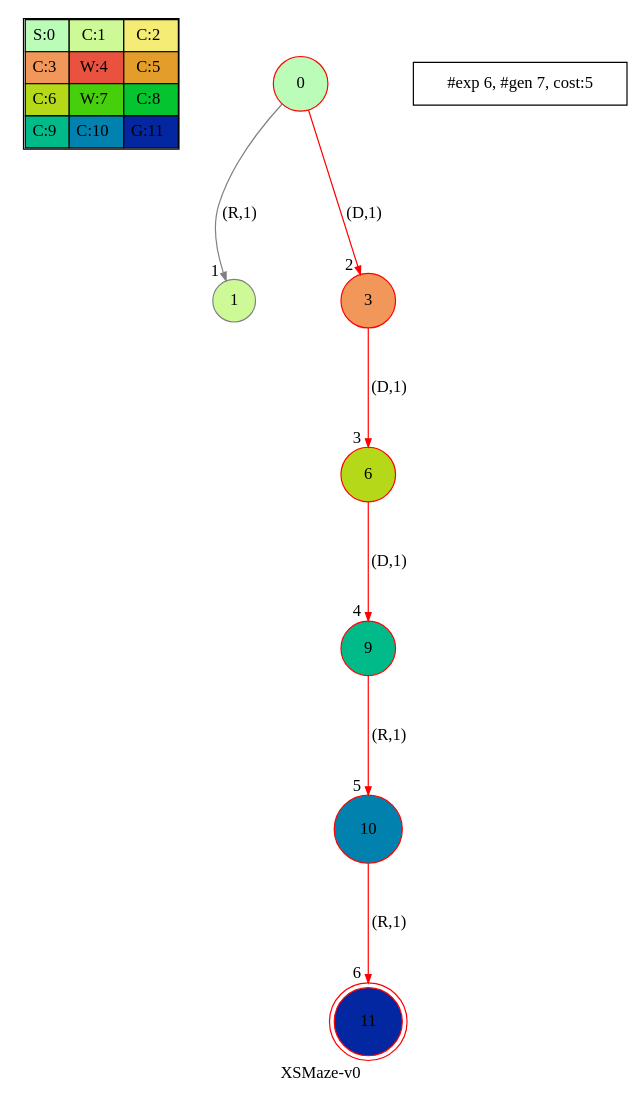
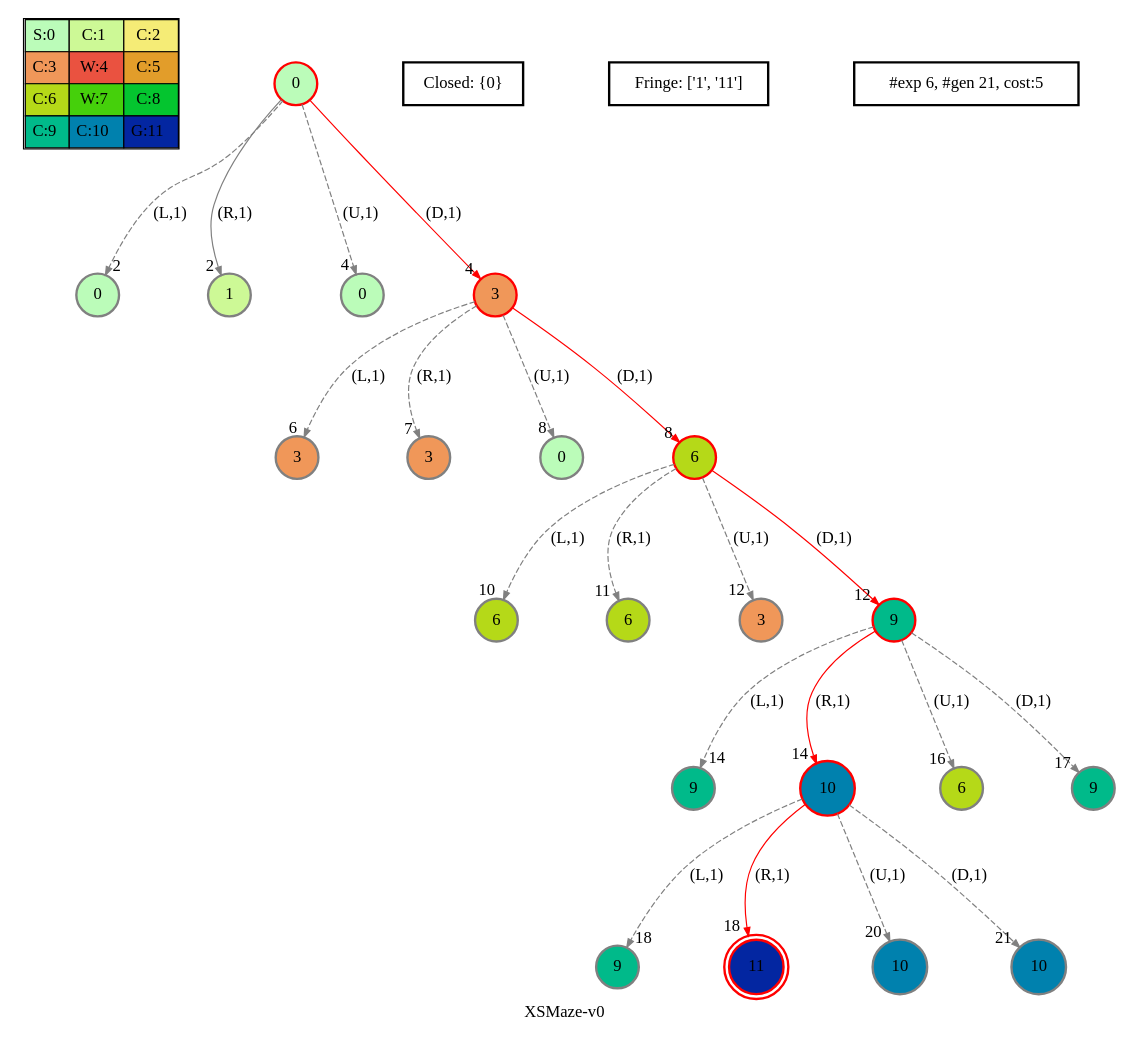
The diagram in viz/artifacts/ts/dot/0-XSMaze-v0_0-dfs.dot (blasco991/AI), drawn with Graphviz before and after one commit. The commit also changed 120 other files, not shown here.

First line of the commit message:
added penwidth added closed render added fringe render added dashed transaction on "not in memory"

```diff
--- a/viz/artifacts/ts/dot/0-XSMaze-v0_0-dfs.dot
+++ b/viz/artifacts/ts/dot/0-XSMaze-v0_0-dfs.dot
@@ -1,10 +1,24 @@
-digraph XSMaze { label="XSMaze-v0" nodesep=1 ranksep="1.2" node [shape=circle] edge [arrowsize=0.7] 
+digraph XSMaze { label="XSMaze-v0" nodesep=1 ranksep="1.2" node [shape=circle penwidth=2] edge [arrowsize=0.7] 
 subgraph MAP {label=Map;map [shape=plaintext label=<<table border="1" cellpadding="5" cellspacing="0" cellborder="1"><tr><td bgcolor="0.32745098 0.267733   0.99083125 1.        ">S:0</td><td bgcolor="0.24117647 0.39545121 0.97940977 1.        ">C:1</td><td bgcolor="0.15490196 0.51591783 0.96349314 1.        ">C:2</td></tr><tr><td bgcolor="0.06862745 0.62692381 0.94315443 1.        ">C:3</td><td bgcolor="0.01764706 0.72643357 0.91848699 1.        ">W:4</td><td bgcolor="0.10392157 0.81262237 0.88960401 1.        ">C:5</td></tr><tr><td bgcolor="0.19803922 0.88960401 0.8534438  1.        ">C:6</td><td bgcolor="0.28431373 0.94315443 0.81619691 1.        ">W:7</td><td bgcolor="0.37058824 0.97940977 0.77520398 1.        ">C:8</td></tr><tr><td bgcolor="0.45686275 0.99770518 0.73065313 1.        ">C:9</td><td bgcolor="0.54313725 0.99770518 0.68274886 1.        ">C:10</td><td bgcolor="0.62941176 0.97940977 0.63171101 1.        ">G:11</td></tr></table>>]} 
 "0_0" [label=0 style=filled color=grey fillcolor="0.32745098 0.267733   0.99083125 1.        " ];  
-"0_0" [label=" 0 " style=filled color=black color=red fillcolor="0.32745098 0.267733   0.99083125 1.        " ];  "0_0.1-1" [label=1 style=filled color=grey fillcolor="0.24117647 0.39545121 0.97940977 1.        " ];   "0_0" -> "0_0.1-1" [label="(R,1)" headlabel=" 1 " color=grey ]; 
-"0_0.3-3" [label=3 style=filled color=grey color=red fillcolor="0.06862745 0.62692381 0.94315443 1.        " ];   "0_0" -> "0_0.3-3" [label="(D,1)" headlabel=" 2 " color=grey color=red ]; 
-"0_0.3-3" [label=" 3 " style=filled color=black color=red fillcolor="0.06862745 0.62692381 0.94315443 1.        " ];  "0_0.3.6-3" [label=6 style=filled color=grey color=red fillcolor="0.19803922 0.88960401 0.8534438  1.        " ];   "0_0.3-3" -> "0_0.3.6-3" [label="(D,1)" headlabel=" 3 " color=grey color=red ]; 
-"0_0.3.6-3" [label=" 6 " style=filled color=black color=red fillcolor="0.19803922 0.88960401 0.8534438  1.        " ];  "0_0.3.6.9-3" [label=9 style=filled color=grey color=red fillcolor="0.45686275 0.99770518 0.73065313 1.        " ];   "0_0.3.6-3" -> "0_0.3.6.9-3" [label="(D,1)" headlabel=" 4 " color=grey color=red ]; 
-"0_0.3.6.9-3" [label=" 9 " style=filled color=black color=red fillcolor="0.45686275 0.99770518 0.73065313 1.        " ];  "0_0.3.6.9.10-1" [label=10 style=filled color=grey color=red fillcolor="0.54313725 0.99770518 0.68274886 1.        " ];   "0_0.3.6.9-3" -> "0_0.3.6.9.10-1" [label="(R,1)" headlabel=" 5 " color=grey color=red ]; 
-"0_0.3.6.9.10-1" [label=" 10 " style=filled color=black color=red fillcolor="0.54313725 0.99770518 0.68274886 1.        " ];  "0_0.3.6.9.10.11-1" [label=" 11 " style=filled color=black color=red fillcolor="0.62941176 0.97940977 0.63171101 1.        " peripheries=2]; /*GOALSTATE*/  "0_0.3.6.9.10-1" -> "0_0.3.6.9.10.11-1" [label="(R,1)" headlabel=" 6 " color=grey color=red ];
-"#exp 6, #gen 7, cost:5" [ shape=box ]; }
+"0_0.0-0" [label=0 style=filled color=grey fillcolor="0.32745098 0.267733   0.99083125 1.        " ];   "0_0" -> "0_0.0-0" [label="(L,1)" headlabel=" 2 " style="dashed" color=grey ]; "0_c" [label="Closed: {0}" shape=box]; "0_fr" [label="Fringe: []" shape=box];
+"0_0" [label=0 style=filled color=black color=red fillcolor="0.32745098 0.267733   0.99083125 1.        " ];  "0_0.1-1" [label=1 style=filled color=grey fillcolor="0.24117647 0.39545121 0.97940977 1.        " ];   "0_0" -> "0_0.1-1" [label="(R,1)" headlabel=" 2 " style="" color=grey ]; "0_c" [label="Closed: {0}" shape=box]; "0_fr" [label="Fringe: []" shape=box];
+"0_0.0-2" [label=0 style=filled color=grey fillcolor="0.32745098 0.267733   0.99083125 1.        " ];   "0_0" -> "0_0.0-2" [label="(U,1)" headlabel=" 4 " style="dashed" color=grey ]; "0_c" [label="Closed: {0}" shape=box]; "0_fr" [label="Fringe: ['1']" shape=box];
+"0_0.3-3" [label=3 style=filled color=grey color=red fillcolor="0.06862745 0.62692381 0.94315443 1.        " ];   "0_0" -> "0_0.3-3" [label="(D,1)" headlabel=" 4 " style="" color=grey color=red ]; "0_c" [label="Closed: {0}" shape=box]; "0_fr" [label="Fringe: ['1']" shape=box];
+"0_0.3.3-0" [label=3 style=filled color=grey fillcolor="0.06862745 0.62692381 0.94315443 1.        " ];   "0_0.3-3" -> "0_0.3.3-0" [label="(L,1)" headlabel=" 6 " style="dashed" color=grey ]; "0_c" [label="Closed: {0}" shape=box]; "0_fr" [label="Fringe: ['1']" shape=box];
+"0_0.3.3-1" [label=3 style=filled color=grey fillcolor="0.06862745 0.62692381 0.94315443 1.        " ];   "0_0.3-3" -> "0_0.3.3-1" [label="(R,1)" headlabel=" 7 " style="dashed" color=grey ]; "0_c" [label="Closed: {0}" shape=box]; "0_fr" [label="Fringe: ['1']" shape=box];
+"0_0.3.0-2" [label=0 style=filled color=grey fillcolor="0.32745098 0.267733   0.99083125 1.        " ];   "0_0.3-3" -> "0_0.3.0-2" [label="(U,1)" headlabel=" 8 " style="dashed" color=grey ]; "0_c" [label="Closed: {0}" shape=box]; "0_fr" [label="Fringe: ['1']" shape=box];
+"0_0.3-3" [label=3 style=filled color=black color=red fillcolor="0.06862745 0.62692381 0.94315443 1.        " ];  "0_0.3.6-3" [label=6 style=filled color=grey color=red fillcolor="0.19803922 0.88960401 0.8534438  1.        " ];   "0_0.3-3" -> "0_0.3.6-3" [label="(D,1)" headlabel=" 8 " style="" color=grey color=red ]; "0_c" [label="Closed: {0}" shape=box]; "0_fr" [label="Fringe: ['1']" shape=box];
+"0_0.3.6.6-0" [label=6 style=filled color=grey fillcolor="0.19803922 0.88960401 0.8534438  1.        " ];   "0_0.3.6-3" -> "0_0.3.6.6-0" [label="(L,1)" headlabel=" 10 " style="dashed" color=grey ]; "0_c" [label="Closed: {0}" shape=box]; "0_fr" [label="Fringe: ['1']" shape=box];
+"0_0.3.6.6-1" [label=6 style=filled color=grey fillcolor="0.19803922 0.88960401 0.8534438  1.        " ];   "0_0.3.6-3" -> "0_0.3.6.6-1" [label="(R,1)" headlabel=" 11 " style="dashed" color=grey ]; "0_c" [label="Closed: {0}" shape=box]; "0_fr" [label="Fringe: ['1']" shape=box];
+"0_0.3.6.3-2" [label=3 style=filled color=grey fillcolor="0.06862745 0.62692381 0.94315443 1.        " ];   "0_0.3.6-3" -> "0_0.3.6.3-2" [label="(U,1)" headlabel=" 12 " style="dashed" color=grey ]; "0_c" [label="Closed: {0}" shape=box]; "0_fr" [label="Fringe: ['1']" shape=box];
+"0_0.3.6-3" [label=6 style=filled color=black color=red fillcolor="0.19803922 0.88960401 0.8534438  1.        " ];  "0_0.3.6.9-3" [label=9 style=filled color=grey color=red fillcolor="0.45686275 0.99770518 0.73065313 1.        " ];   "0_0.3.6-3" -> "0_0.3.6.9-3" [label="(D,1)" headlabel=" 12 " style="" color=grey color=red ]; "0_c" [label="Closed: {0}" shape=box]; "0_fr" [label="Fringe: ['1']" shape=box];
+"0_0.3.6.9.9-0" [label=9 style=filled color=grey fillcolor="0.45686275 0.99770518 0.73065313 1.        " ];   "0_0.3.6.9-3" -> "0_0.3.6.9.9-0" [label="(L,1)" headlabel=" 14 " style="dashed" color=grey ]; "0_c" [label="Closed: {0}" shape=box]; "0_fr" [label="Fringe: ['1']" shape=box];
+"0_0.3.6.9-3" [label=9 style=filled color=black color=red fillcolor="0.45686275 0.99770518 0.73065313 1.        " ];  "0_0.3.6.9.10-1" [label=10 style=filled color=grey color=red fillcolor="0.54313725 0.99770518 0.68274886 1.        " ];   "0_0.3.6.9-3" -> "0_0.3.6.9.10-1" [label="(R,1)" headlabel=" 14 " style="" color=grey color=red ]; "0_c" [label="Closed: {0}" shape=box]; "0_fr" [label="Fringe: ['1']" shape=box];
+"0_0.3.6.9.6-2" [label=6 style=filled color=grey fillcolor="0.19803922 0.88960401 0.8534438  1.        " ];   "0_0.3.6.9-3" -> "0_0.3.6.9.6-2" [label="(U,1)" headlabel=" 16 " style="dashed" color=grey ]; "0_c" [label="Closed: {0}" shape=box]; "0_fr" [label="Fringe: ['1', '10']" shape=box];
+"0_0.3.6.9.9-3" [label=9 style=filled color=grey fillcolor="0.45686275 0.99770518 0.73065313 1.        " ];   "0_0.3.6.9-3" -> "0_0.3.6.9.9-3" [label="(D,1)" headlabel=" 17 " style="dashed" color=grey ]; "0_c" [label="Closed: {0}" shape=box]; "0_fr" [label="Fringe: ['1', '10']" shape=box];
+"0_0.3.6.9.10.9-0" [label=9 style=filled color=grey fillcolor="0.45686275 0.99770518 0.73065313 1.        " ];   "0_0.3.6.9.10-1" -> "0_0.3.6.9.10.9-0" [label="(L,1)" headlabel=" 18 " style="dashed" color=grey ]; "0_c" [label="Closed: {0}" shape=box]; "0_fr" [label="Fringe: ['1']" shape=box];
+"0_0.3.6.9.10-1" [label=10 style=filled color=black color=red fillcolor="0.54313725 0.99770518 0.68274886 1.        " ];  "0_0.3.6.9.10.11-1" [label=11 style=filled color=black color=red fillcolor="0.62941176 0.97940977 0.63171101 1.        " peripheries=2]; /*GOALSTATE*/  "0_0.3.6.9.10-1" -> "0_0.3.6.9.10.11-1" [label="(R,1)" headlabel=" 18 " style="" color=grey color=red ]; "0_c" [label="Closed: {0}" shape=box]; "0_fr" [label="Fringe: ['1']" shape=box];
+"0_0.3.6.9.10.10-2" [label=10 style=filled color=grey fillcolor="0.54313725 0.99770518 0.68274886 1.        " ];   "0_0.3.6.9.10-1" -> "0_0.3.6.9.10.10-2" [label="(U,1)" headlabel=" 20 " style="dashed" color=grey ]; "0_c" [label="Closed: {0}" shape=box]; "0_fr" [label="Fringe: ['1', '11']" shape=box];
+"0_0.3.6.9.10.10-3" [label=10 style=filled color=grey fillcolor="0.54313725 0.99770518 0.68274886 1.        " ];   "0_0.3.6.9.10-1" -> "0_0.3.6.9.10.10-3" [label="(D,1)" headlabel=" 21 " style="dashed" color=grey ]; "0_c" [label="Closed: {0}" shape=box]; "0_fr" [label="Fringe: ['1', '11']" shape=box]
+"#exp 6, #gen 21, cost:5" [ shape=box ]; }
```
